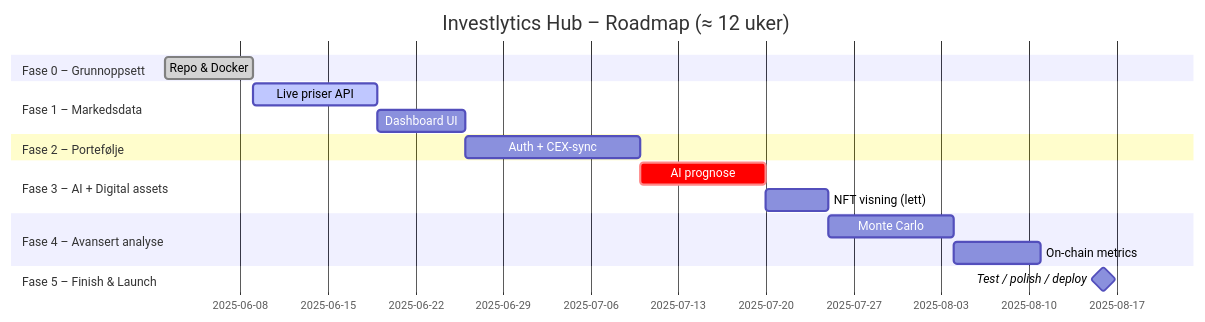
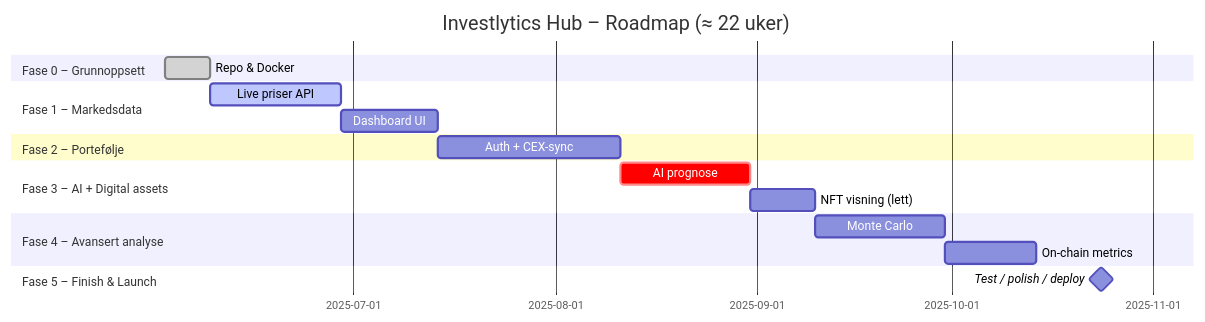
The tenth of 10 diagrams in README.md (engan/investlytics-hub-proposal), drawn with Mermaid before and after one commit. The commit also changed other lines of this file and 3 other files, not shown here.

Commit message:
docs(readme): update Gantt roadmap to ~22 weeks and realistic durations per phase

````diff
--- a/README.md
+++ b/README.md
@@ -619,29 +619,29 @@
 ```mermaid
 %%{init:{ "gantt":{ "leftPadding":140,"rightPadding":50 } }}%%
 gantt
-    title Investlytics Hub – Roadmap (≈ 12 uker)
+    title Investlytics Hub – Roadmap (≈ 22 uker)
     dateFormat  YYYY-MM-DD
 
     section Fase 0 – Grunnoppsett
     Repo & Docker           :done,    task0, 2025-06-02, 7d
 
     section Fase 1 – Markedsdata
-    Live priser API         :active,  task1, after task0, 10d
-    Dashboard UI            :         task2, after task1, 7d
+    Live priser API         :active,  task1, after task0, 20d
+    Dashboard UI            :         task2, after task1, 15d
 
     section Fase 2 – Portefølje
-    Auth + CEX-sync         :         task3, after task2, 14d
+    Auth + CEX-sync         :         task3, after task2, 28d
 
     section Fase 3 – AI + Digital assets
-    AI prognose             :crit,    task4, after task3, 10d
-    NFT visning (lett)      :         task5, after task4, 5d
+    AI prognose             :crit,    task4, after task3, 20d
+    NFT visning (lett)      :         task5, after task4, 10d
 
     section Fase 4 – Avansert analyse
-    Monte Carlo             :         task6, after task5, 10d
-    On-chain metrics        :         task7, after task6, 7d
+    Monte Carlo             :         task6, after task5, 20d
+    On-chain metrics        :         task7, after task6, 14d
 
     section Fase 5 – Finish & Launch
-    Test / polish / deploy  :milestone, task8, after task7, 10d
+    Test / polish / deploy  :milestone, task8, after task7, 20d
 
 
 ```
````
